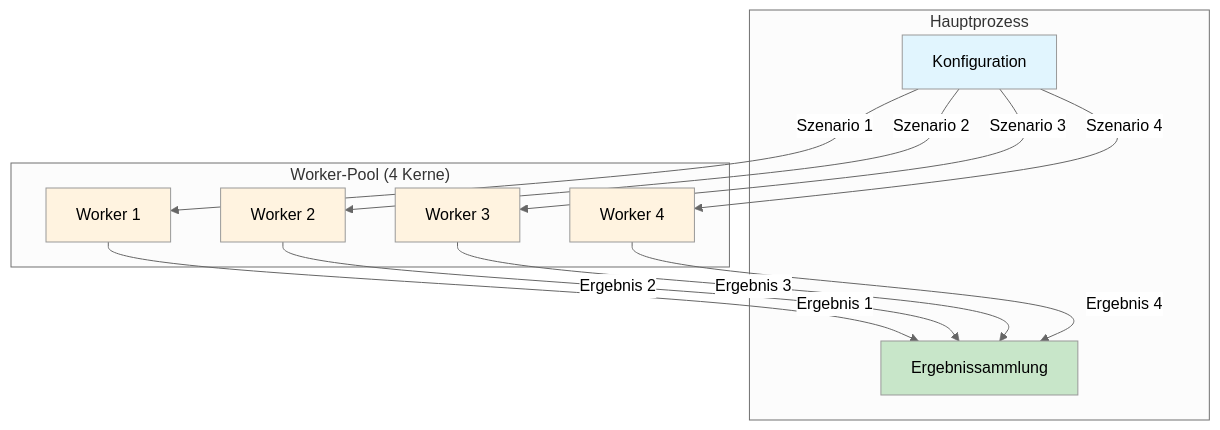
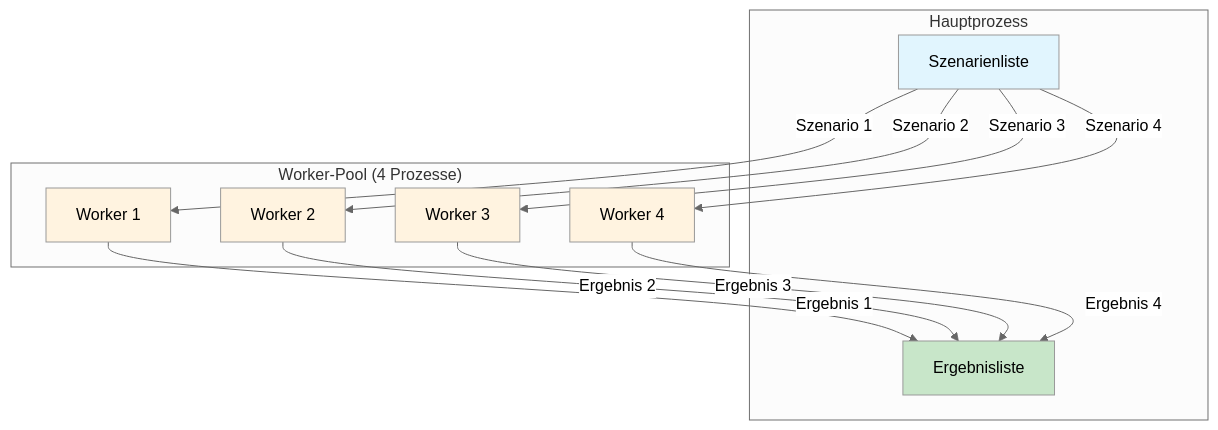
Before and after one commit to dgaida/PyADM1ODE: the diagram in docs/de/examples/parallel_simulation.md, drawn with Mermaid (neutral theme). The commit also changed other lines of this file and 181 other files, not shown here.

````diff
--- a/docs/de/examples/parallel_simulation.md
+++ b/docs/de/examples/parallel_simulation.md
@@ -16,31 +19,31 @@
 ```mermaid
 graph TB
     subgraph "Hauptprozess"
-        Config[Konfiguration]
-        Results[Ergebnissammlung]
+        Config[Szenarienliste]
+        Results[Ergebnisliste]
     end
 
-    subgraph "Worker-Pool (4 Kerne)"
+    subgraph "Worker-Pool (4 Prozesse)"
         W1[Worker 1]
         W2[Worker 2]
         W3[Worker 3]
         W4[Worker 4]
     end
 
     Config -->|Szenario 1| W1
     Config -->|Szenario 2| W2
     Config -->|Szenario 3| W3
     Config -->|Szenario 4| W4
 
     W1 -->|Ergebnis 1| Results
     W2 -->|Ergebnis 2| Results
     W3 -->|Ergebnis 3| Results
     W4 -->|Ergebnis 4| Results
 
     style Config fill:#e1f5fe
     style Results fill:#c8e6c9
     style W1 fill:#fff3e0
     style W2 fill:#fff3e0
     style W3 fill:#fff3e0
     style W4 fill:#fff3e0
 ```
````
